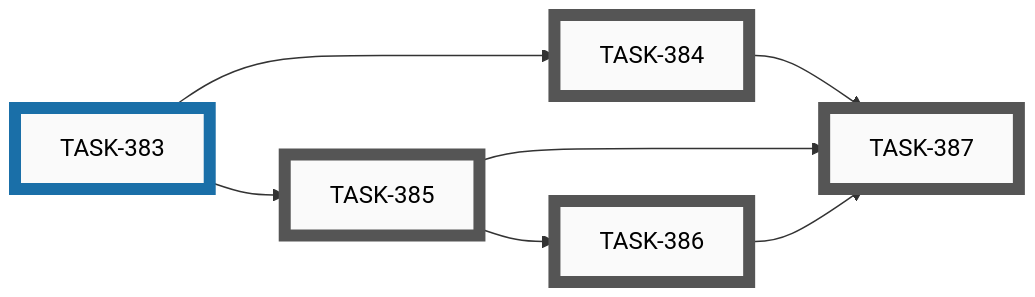
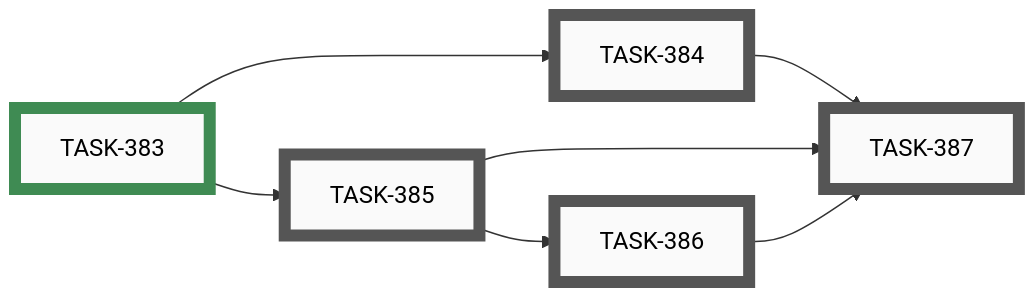
The tenth of 11 diagrams in docs/developers/tasks/EPICS.md (tgd1975/AwesomeGuitarPedal), drawn with Mermaid before and after one commit. The commit also changed other lines of this file and 3 other files, not shown here.

First line of the commit message:
close TASK-383: Wiring test tool — PlatformIO env, Makefile target, and compile-time CONFIG flag (ESP32)

````diff
--- a/docs/developers/tasks/EPICS.md
+++ b/docs/developers/tasks/EPICS.md
@@ -374,27 +374,27 @@
 ```mermaid
 graph LR
     TASK_384["TASK-384"]:::open
     TASK_385["TASK-385"]:::open
     TASK_386["TASK-386"]:::open
     TASK_387["TASK-387"]:::open
-    TASK_383["TASK-383"]:::active
+    TASK_383["TASK-383"]:::closed
     TASK_383 --> TASK_384
     TASK_383 --> TASK_385
     TASK_385 --> TASK_386
     TASK_384 --> TASK_387
     TASK_385 --> TASK_387
     TASK_386 --> TASK_387
     click TASK_384 "open/task-384-wiring-test-tool-button-mode.md"
     click TASK_385 "open/task-385-wiring-test-tool-led-group-modes.md"
     click TASK_386 "open/task-386-wiring-test-tool-led-individual-mode.md"
     click TASK_387 "open/task-387-wiring-test-tool-final-bindings-help-legend-builder-doc.md"
-    click TASK_383 "active/task-383-wiring-test-tool-env-makefile-scaffolding.md"
+    click TASK_383 "closed/task-383-wiring-test-tool-env-makefile-scaffolding.md"
     classDef open    fill:#FAFAFA,stroke:#555,stroke-width:8px,color:#000
     classDef active  fill:#FAFAFA,stroke:#1A6FA8,stroke-width:8px,color:#000
     classDef closed  fill:#FAFAFA,stroke:#3F8B53,stroke-width:8px,color:#000
     classDef paused  fill:#FAFAFA,stroke:#B07810,stroke-width:8px,color:#000
     classDef openExt    fill:#000,stroke:#888,stroke-width:8px,color:#FFF
     classDef activeExt  fill:#000,stroke:#3FA9F5,stroke-width:8px,color:#FFF
     classDef closedExt  fill:#000,stroke:#7CC68A,stroke-width:8px,color:#FFF
     classDef pausedExt  fill:#000,stroke:#F0B030,stroke-width:8px,color:#FFF
 ```
````
